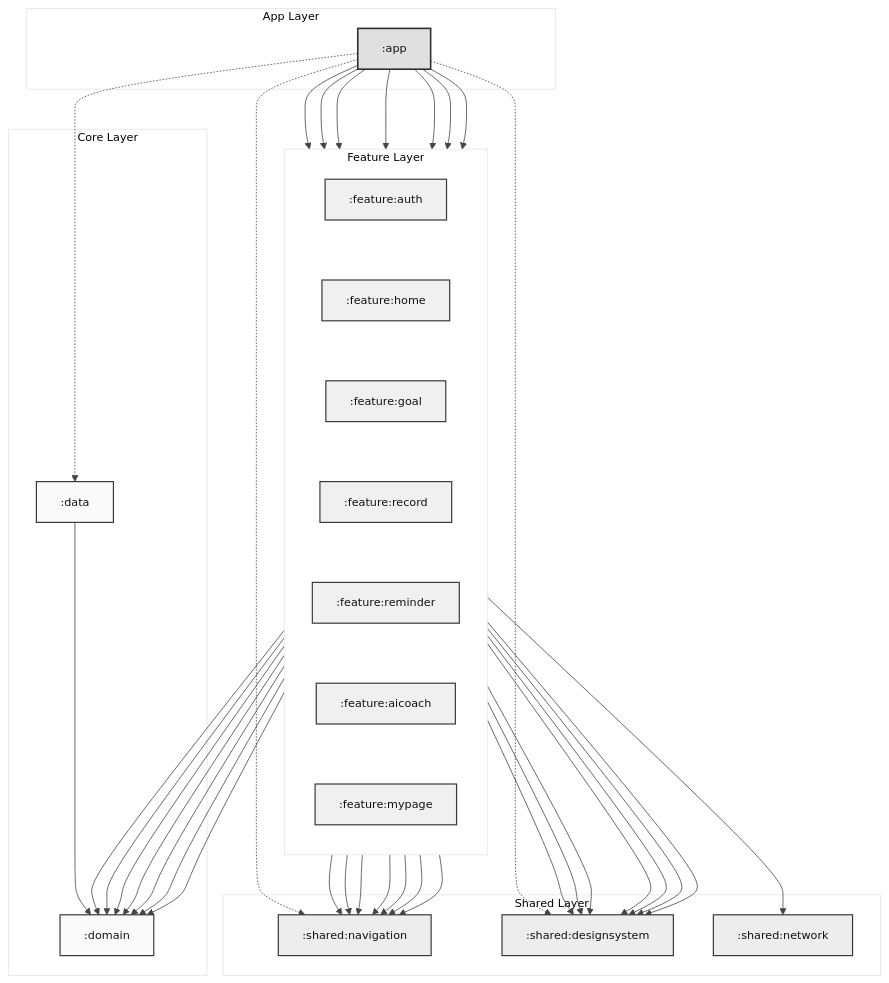
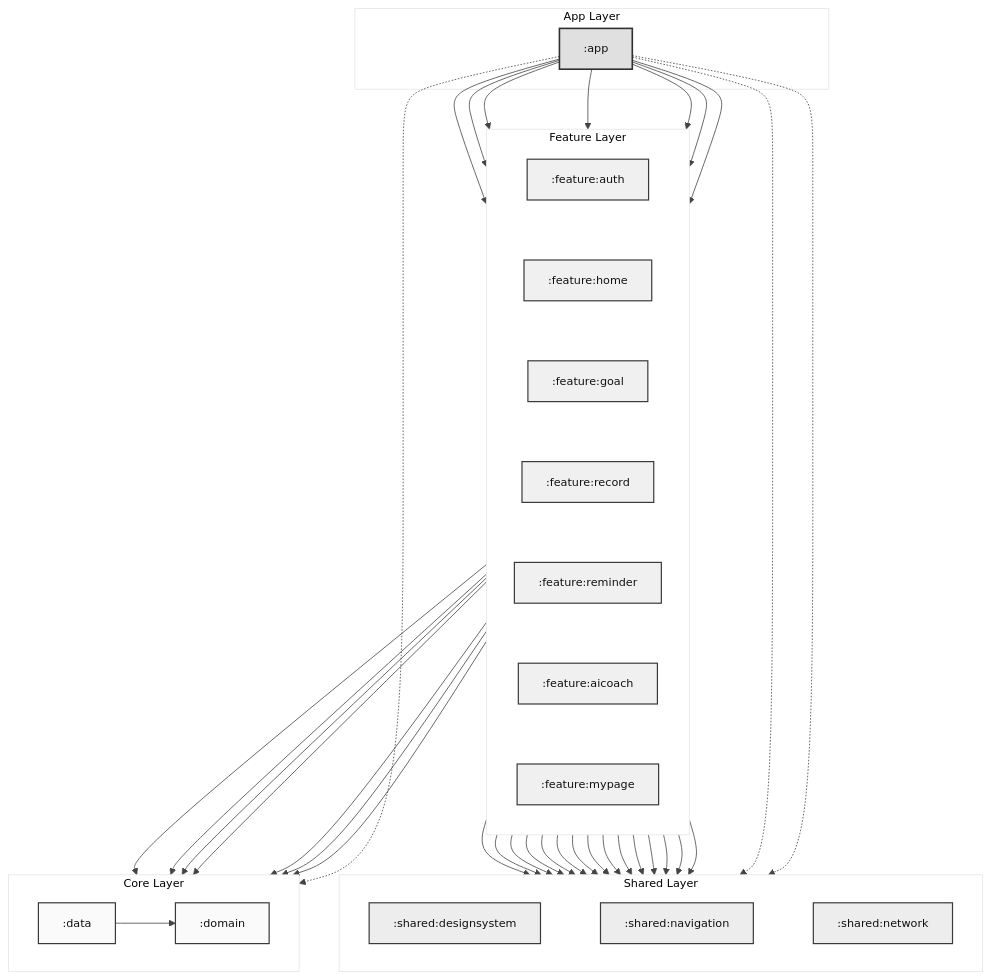
Before and after one commit to Jiyeong-kor/FitFlow: the diagram in README.md, drawn with Mermaid.

````diff
--- a/README.md
+++ b/README.md
@@ -118,75 +118,75 @@
 ```mermaid
 %%{init: {
   "theme": "base",
   "themeVariables": {
     "background": "#ffffff",
     "primaryColor": "#f2f2f2",
     "primaryTextColor": "#111111",
     "primaryBorderColor": "#444444",
     "lineColor": "#444444",
     "fontSize": "14px"
   }
 }}%%
 
 flowchart TD
   subgraph App_Layer["App Layer"]
     APP[":app"]
   end
 
   subgraph Feature_Layer["Feature Layer"]
     direction TB
     AUTH[":feature:auth"]
     HOME[":feature:home"]
     GOAL[":feature:goal"]
     RECORD[":feature:record"]
     REMINDER[":feature:reminder"]
     AICOACH[":feature:aicoach"]
     MYPAGE[":feature:mypage"]
     
-    %% 투명 선을 이용한 수평 정렬 유도
+    %% Feature 노드들 가로 정렬 강제
     AUTH ~~~ HOME ~~~ GOAL ~~~ RECORD ~~~ REMINDER ~~~ AICOACH ~~~ MYPAGE
   end
 
+  subgraph Shared_Layer["Shared Layer"]
+    direction LR
+    DS[":shared:designsystem"]
+    NAV[":shared:navigation"]
+    NETWORK[":shared:network"]
+    
+    %% Shared 노드들 가로 정렬 강제
+    DS ~~~ NAV ~~~ NETWORK
+  end
+
   subgraph Core_Layer["Core Layer"]
+    direction LR
     DATA[":data"]
     DOMAIN[":domain"]
     DATA --> DOMAIN
   end
 
-  subgraph Shared_Layer["Shared Layer"]
-    NAV[":shared:navigation"]
-    DS[":shared:designsystem"]
-    NETWORK[":shared:network"]
-  end
-
-  %% App에서 Feature로의 연결
-  APP --> AUTH
-  APP --> HOME
-  APP --> GOAL
-  APP --> RECORD
-  APP --> REMINDER
-  APP --> AICOACH
-  APP --> MYPAGE
-
-  %% App에서 Core/Shared로의 직통 연결 (가독성을 위해 측면으로 우회하거나 하단 배치 유도)
+  %% App Connections
+  APP --> AUTH & HOME & GOAL & RECORD & REMINDER & AICOACH & MYPAGE
+  
+  %% 가독성을 위해 App에서 하단 레이어로 바로 가는 선은 점선(dotted) 처리
   APP -.-> DATA
   APP -.-> DS
   APP -.-> NAV
 
-  %% Feature에서 하위 레이어로의 연결
+  %% Feature Connections (묶음 처리로 선 꼬임 최소화)
   HOME & GOAL & RECORD & REMINDER & AICOACH & AUTH & MYPAGE --> DOMAIN
   HOME & GOAL & RECORD & REMINDER & AICOACH & AUTH & MYPAGE --> DS
   HOME & GOAL & RECORD & REMINDER & AICOACH & AUTH & MYPAGE --> NAV
   
   AUTH --> NETWORK
 
+  %% Styling
   classDef app fill:#e0e0e0,stroke:#2f2f2f,stroke-width:2px,color:#111;
   classDef feature fill:#f0f0f0,stroke:#3a3a3a,stroke-width:1.5px,color:#111;
   classDef core fill:#fafafa,stroke:#3a3a3a,stroke-width:1.5px,color:#111;
   classDef shared fill:#ededed,stroke:#3a3a3a,stroke-width:1.5px,color:#111;
 
   class APP app;
   class HOME,GOAL,RECORD,REMINDER,AICOACH,AUTH,MYPAGE feature;
   class DOMAIN,DATA core;
   class DS,NAV,NETWORK shared;
 ```
````
